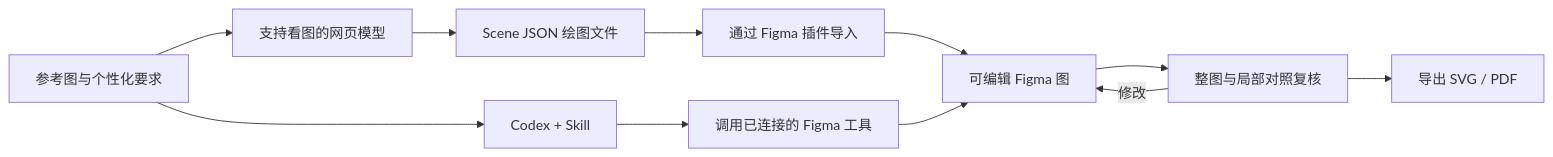
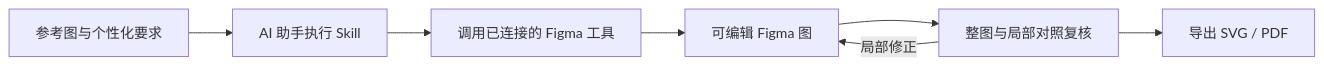
One commit to sidiangongyuan/paper-figure-to-figma changed the first of 2 diagrams in README.zh-CN.md. Above: the diagram before and after it, drawn with Mermaid. The commit also changed other lines of this file and 31 other files, not shown here.

````diff
--- a/README.zh-CN.md
+++ b/README.zh-CN.md
@@ -52,13 +36,9 @@
 ```mermaid
 flowchart LR
-    A[参考图与个性化要求] --> B[支持看图的网页模型]
-    A --> C[Codex + Skill]
-    B --> D[Scene JSON 绘图文件]
-    D --> E[通过 Figma 插件导入]
-    C --> F[调用已连接的 Figma 工具]
-    E --> G[可编辑 Figma 图]
-    F --> G
-    G --> H[整图与局部对照复核]
-    H -->|修改| G
-    H --> I[导出 SVG / PDF]
+    A[参考图与个性化要求] --> B[AI 助手执行 Skill]
+    B --> C[调用已连接的 Figma 工具]
+    C --> D[可编辑 Figma 图]
+    D --> E[整图与局部对照复核]
+    E -->|局部修正| D
+    E --> F[导出 SVG / PDF]
 ```
````
